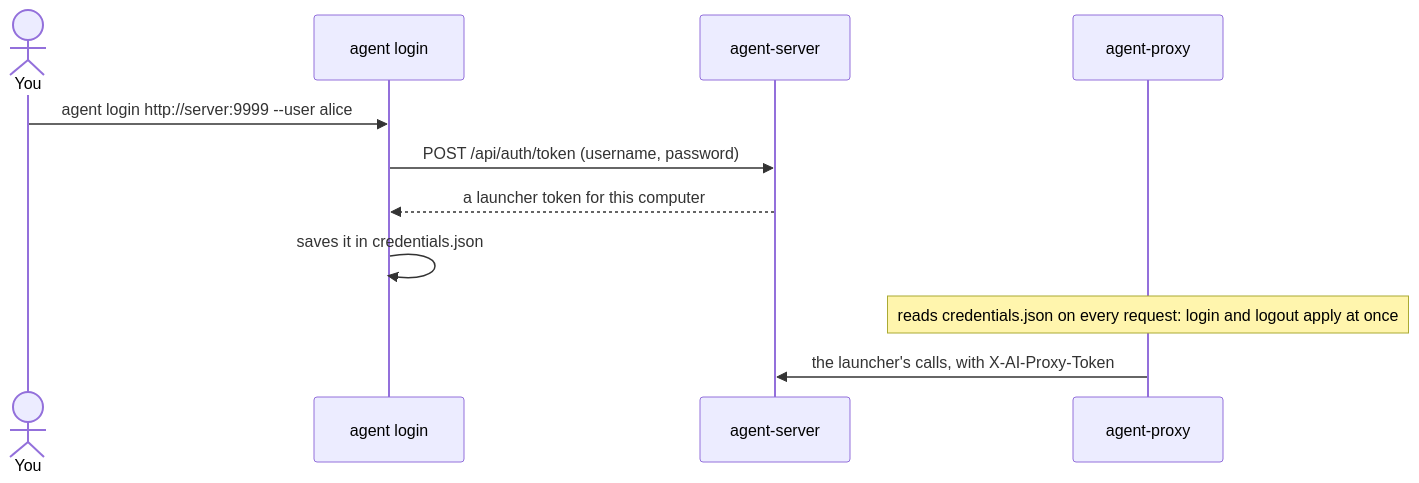
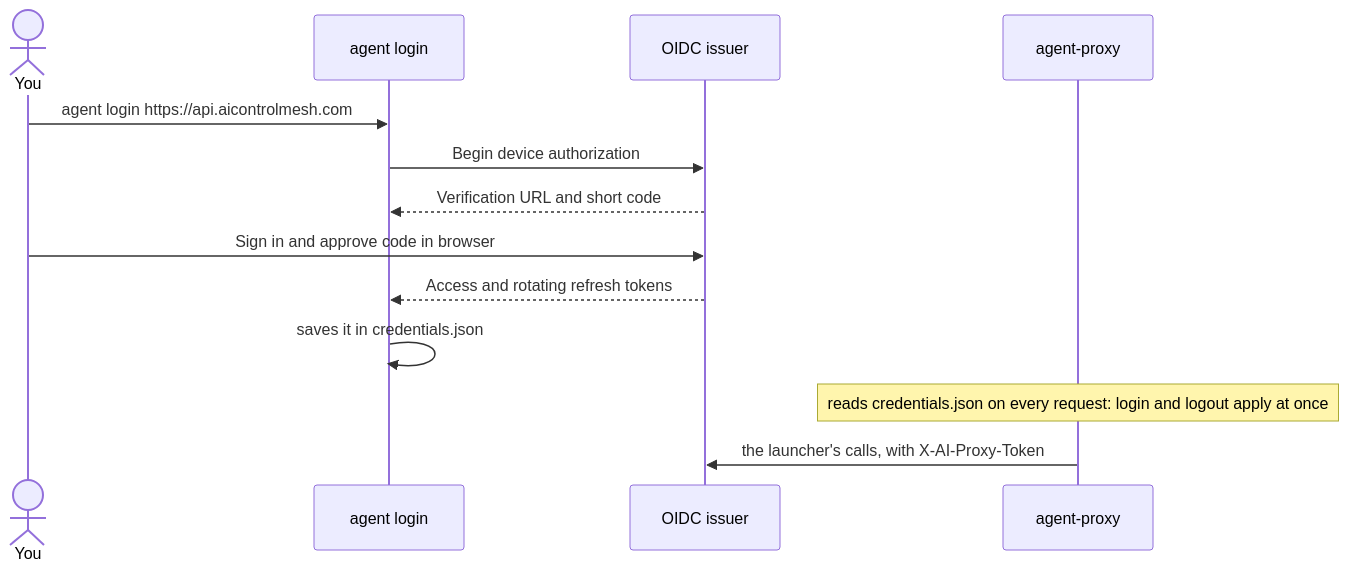
Before and after one commit to joeyenfield/ai-coding-agent-proxy: the diagram in docs/agents.md, drawn with Mermaid. The commit also changed other lines of this file and 130 other files, not shown here.

Commit message:
Require OIDC sign-in via separate agent-auth issuer; add quickstart stack and Android Auto debug monitor

````diff
--- a/docs/agents.md
+++ b/docs/agents.md
@@ -163,13 +163,15 @@
 ```mermaid
 sequenceDiagram
   actor U as You
   participant L as agent login
-  participant S as agent-server
+  participant S as OIDC issuer
   participant P as agent-proxy
-  U->>L: agent login http://server:9999 --user alice
-  L->>S: POST /api/auth/token (username, password)
-  S-->>L: a launcher token for this computer
+  U->>L: agent login https://api.aicontrolmesh.com
+  L->>S: Begin device authorization
+  S-->>L: Verification URL and short code
+  U->>S: Sign in and approve code in browser
+  S-->>L: Access and rotating refresh tokens
   L->>L: saves it in credentials.json
   Note over P: reads credentials.json on every request: login and logout apply at once
   P->>S: the launcher's calls, with X-AI-Proxy-Token
 ```
````
